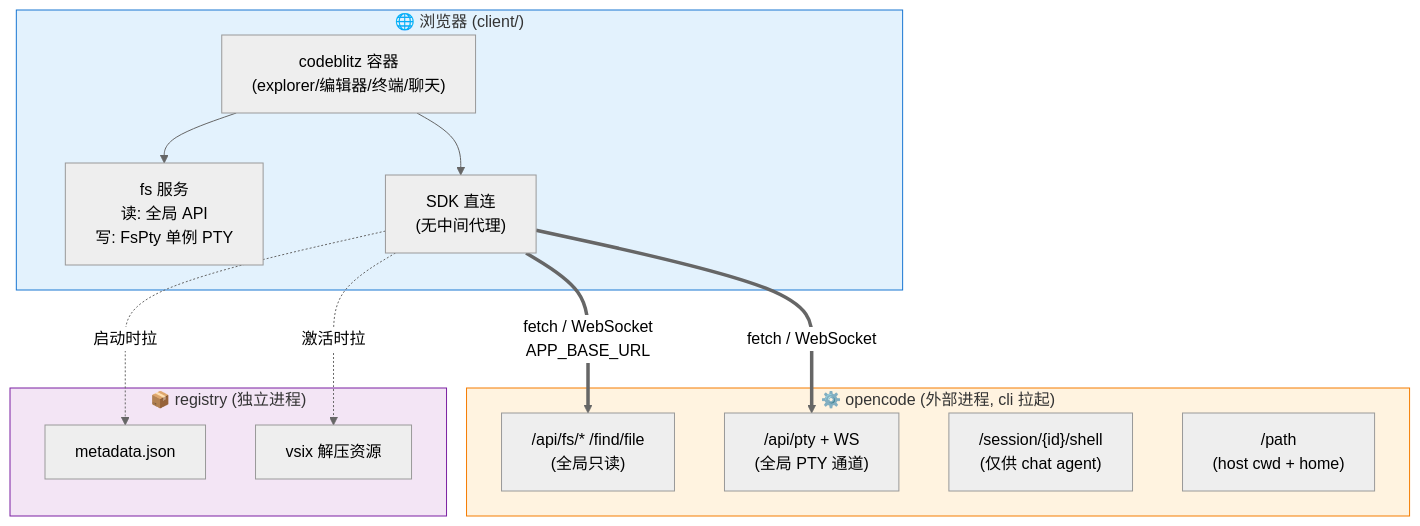
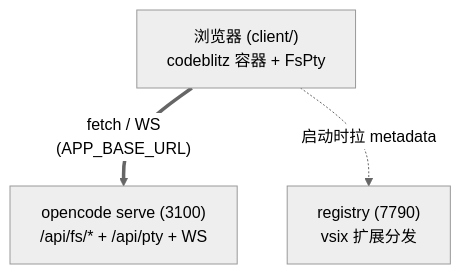
Before and after one commit to weizuxiao911/magicbook: the first of 3 diagrams in README.md, drawn with Mermaid (neutral theme). The commit also changed other lines of this file and 10 other files, not shown here.

````diff
--- a/README.md
+++ b/README.md
@@ -8,34 +8,9 @@
 ```mermaid
 graph TB
-    subgraph Browser["🌐 浏览器 (client/)"]
-        UI["codeblitz 容器<br/>(explorer/编辑器/终端/聊天)"]
-        FS["fs 服务<br/>读: 全局 API<br/>写: FsPty 单例 PTY"]
-        SDK["SDK 直连<br/>(无中间代理)"]
-        UI --> FS
-        UI --> SDK
-    end
+    Browser["浏览器 (client/)<br/>codeblitz 容器 + FsPty"]
+    Opencode["opencode serve (3100)<br/>/api/fs/* + /api/pty + WS"]
+    Registry["registry (7790)<br/>vsix 扩展分发"]
 
-    subgraph Backend["⚙️ opencode (外部进程, cli 拉起)"]
-        API["/api/fs/* /find/file<br/>(全局只读)"]
-        PTY["/api/pty + WS<br/>(全局 PTY 通道)"]
-        SHELL["/session/{id}/shell<br/>(仅供 chat agent)"]
-        PWD["/path<br/>(host cwd + home)"]
-    end
-
-    subgraph Dist["📦 registry (独立进程)"]
-        META["metadata.json"]
-        VSIX["vsix 解压资源"]
-    end
-
-    SDK ==>|"fetch / WebSocket<br/>APP_BASE_URL"| API
-    SDK ==>|"fetch / WebSocket"| PTY
-    SDK -.->|"启动时拉"| META
-    SDK -.->|"激活时拉"| VSIX
-
-    classDef browser fill:#e3f2fd,stroke:#1976d2
-    classDef backend fill:#fff3e0,stroke:#f57c00
-    classDef dist fill:#f3e5f5,stroke:#7b1fa2
-    class Browser browser
-    class Backend backend
-    class Dist dist
+    Browser ==>|"fetch / WS<br/>(APP_BASE_URL)"| Opencode
+    Browser -.->|"启动时拉 metadata"| Registry
 ```
````
